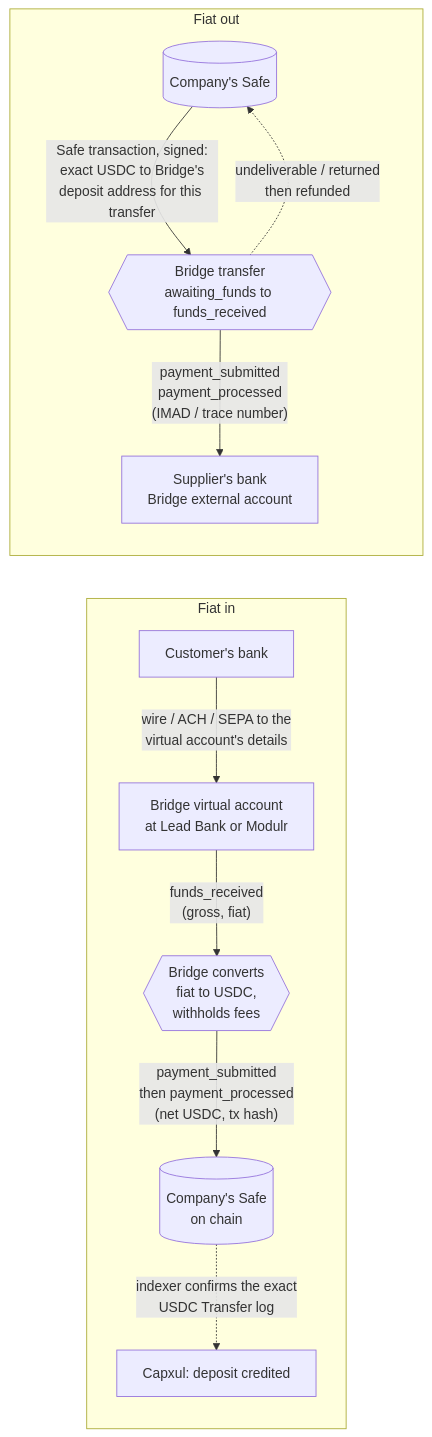
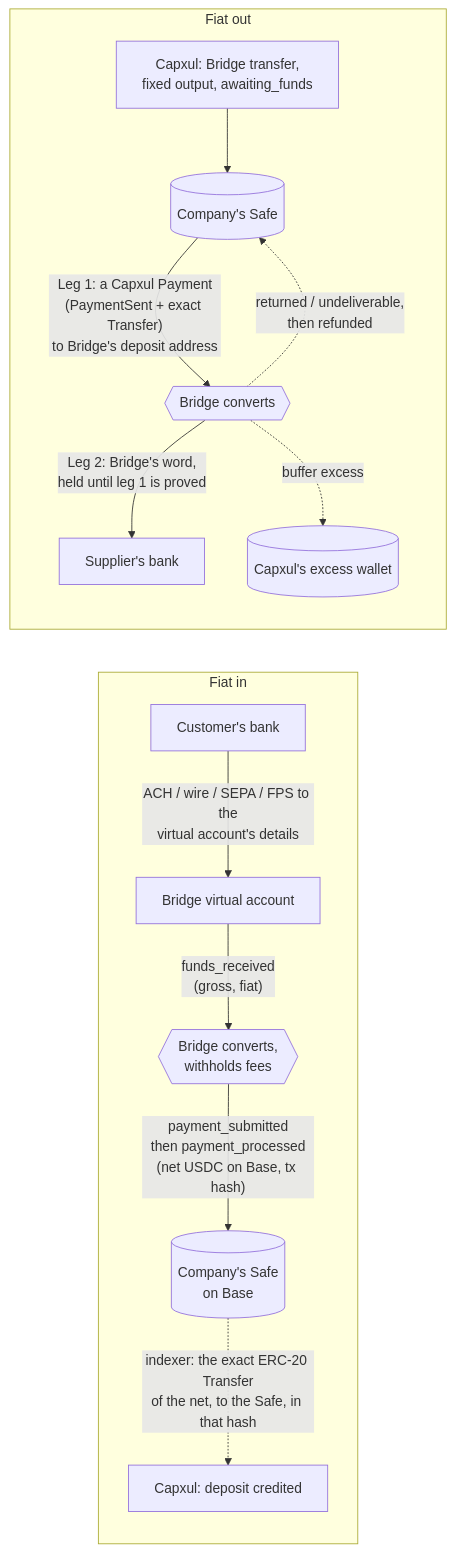
Before and after one commit to Open-Harness/architect: the diagram in design/decisions/CX-bridge-rails.md, drawn with Mermaid. The commit also changed other lines of this file, not shown here.

First line of the commit message:
CX-bridge-rails: fold in R0, the implementation read against V1-V20

````diff
--- a/design/decisions/CX-bridge-rails.md
+++ b/design/decisions/CX-bridge-rails.md
@@ -44,14 +50,16 @@
 ```mermaid
 flowchart LR
   subgraph In[Fiat in]
-    C[Customer's bank] -- "wire / ACH / SEPA to the<br/>virtual account's details" --> VA[Bridge virtual account<br/>at Lead Bank or Modulr]
-    VA -- "funds_received<br/>(gross, fiat)" --> X1{{Bridge converts<br/>fiat to USDC,<br/>withholds fees}}
-    X1 -- "payment_submitted<br/>then payment_processed<br/>(net USDC, tx hash)" --> S[(Company's Safe<br/>on chain)]
-    S -. "indexer confirms the exact<br/>USDC Transfer log" .-> L[Capxul: deposit credited]
+    C[Customer's bank] -- "ACH / wire / SEPA / FPS to the<br/>virtual account's details" --> VA[Bridge virtual account]
+    VA -- "funds_received<br/>(gross, fiat)" --> X1{{Bridge converts,<br/>withholds fees}}
+    X1 -- "payment_submitted<br/>then payment_processed<br/>(net USDC on Base, tx hash)" --> S[(Company's Safe<br/>on Base)]
+    S -. "indexer: the exact ERC-20 Transfer<br/>of the net, to the Safe, in that hash" .-> L[Capxul: deposit credited]
   end
   subgraph Out[Fiat out]
-    S2[(Company's Safe)] -- "Safe transaction, signed:<br/>exact USDC to Bridge's<br/>deposit address for this transfer" --> T{{Bridge transfer<br/>awaiting_funds to funds_received}}
-    T -- "payment_submitted<br/>payment_processed<br/>(IMAD / trace number)" --> E[Supplier's bank<br/>Bridge external account]
-    T -. "undeliverable / returned<br/>then refunded" .-> S2
+    Q[Capxul: Bridge transfer,<br/>fixed output, awaiting_funds] --> S2[(Company's Safe)]
+    S2 -- "Leg 1: a Capxul Payment<br/>(PaymentSent + exact Transfer)<br/>to Bridge's deposit address" --> T{{Bridge converts}}
+    T -- "Leg 2: Bridge's word,<br/>held until leg 1 is proved" --> E[Supplier's bank]
+    T -. "buffer excess" .-> W[(Capxul's excess wallet)]
+    T -. "returned / undeliverable,<br/>then refunded" .-> S2
   end
 ```
````
